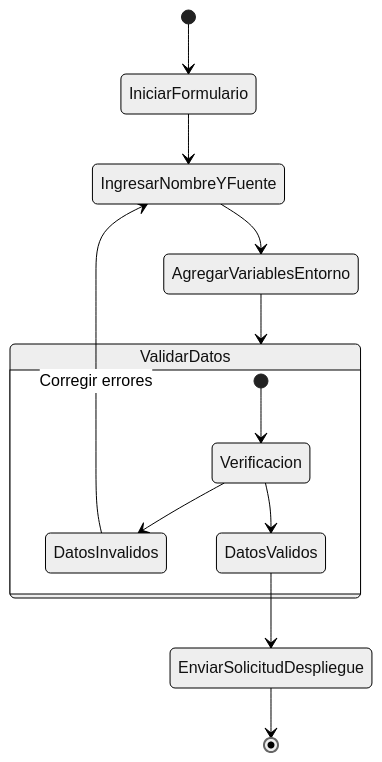
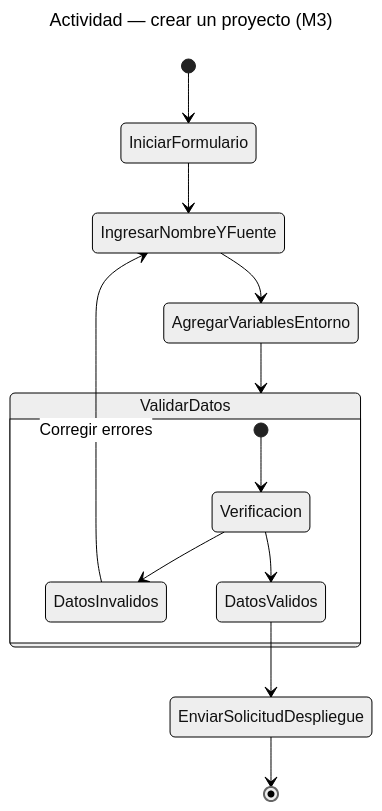
Before and after one commit to derekCmorales/deploya: diagram 21 of 31 in docs/arquitectura-maestro.md, drawn with Mermaid (neutral theme). The commit also changed other lines of this file and 100 other files, not shown here.

````diff
--- a/docs/arquitectura-maestro.md
+++ b/docs/arquitectura-maestro.md
@@ -1483,17 +1514,20 @@
 ```mermaid
+---
+title: Actividad — crear un proyecto (M3)
+---
 stateDiagram-v2
     [*] --> IniciarFormulario
     IniciarFormulario --> IngresarNombreYFuente
     IngresarNombreYFuente --> AgregarVariablesEntorno
     AgregarVariablesEntorno --> ValidarDatos
 
     state ValidarDatos {
         [*] --> Verificacion
         Verificacion --> DatosInvalidos
         Verificacion --> DatosValidos
     }
 
     DatosInvalidos --> IngresarNombreYFuente : Corregir errores
     DatosValidos --> EnviarSolicitudDespliegue
     EnviarSolicitudDespliegue --> [*]
 ```
````
